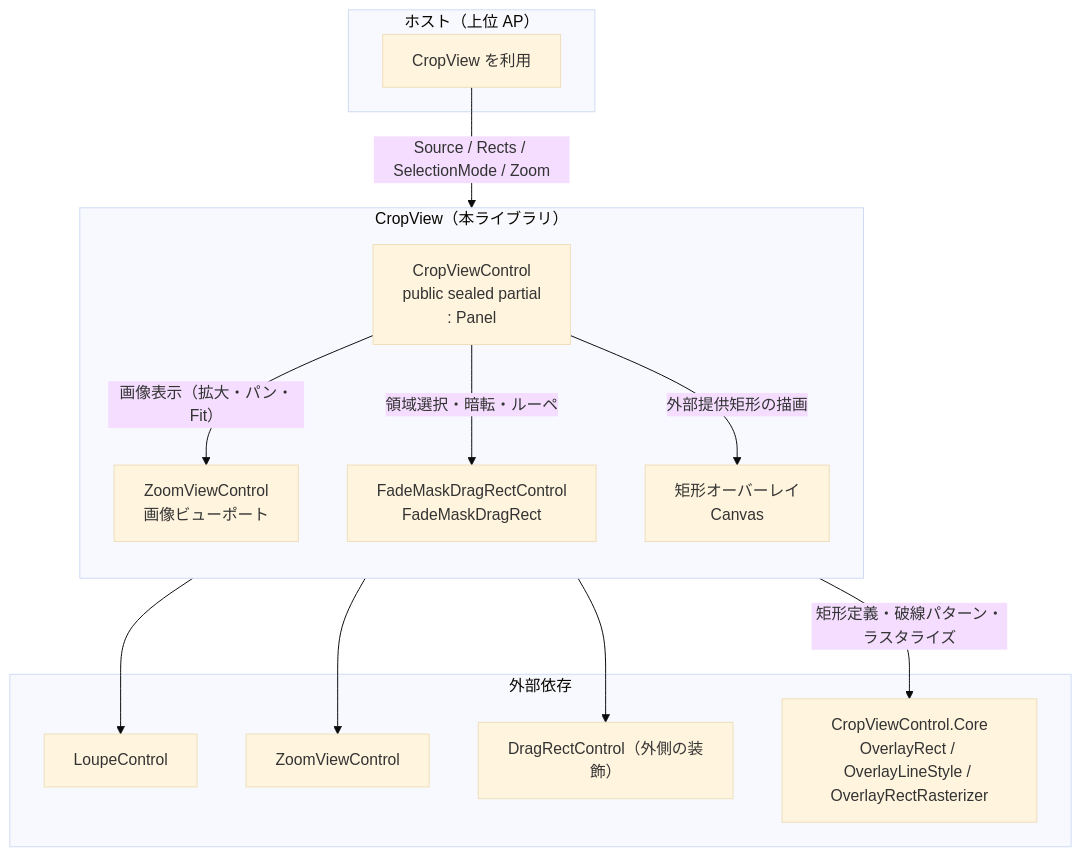
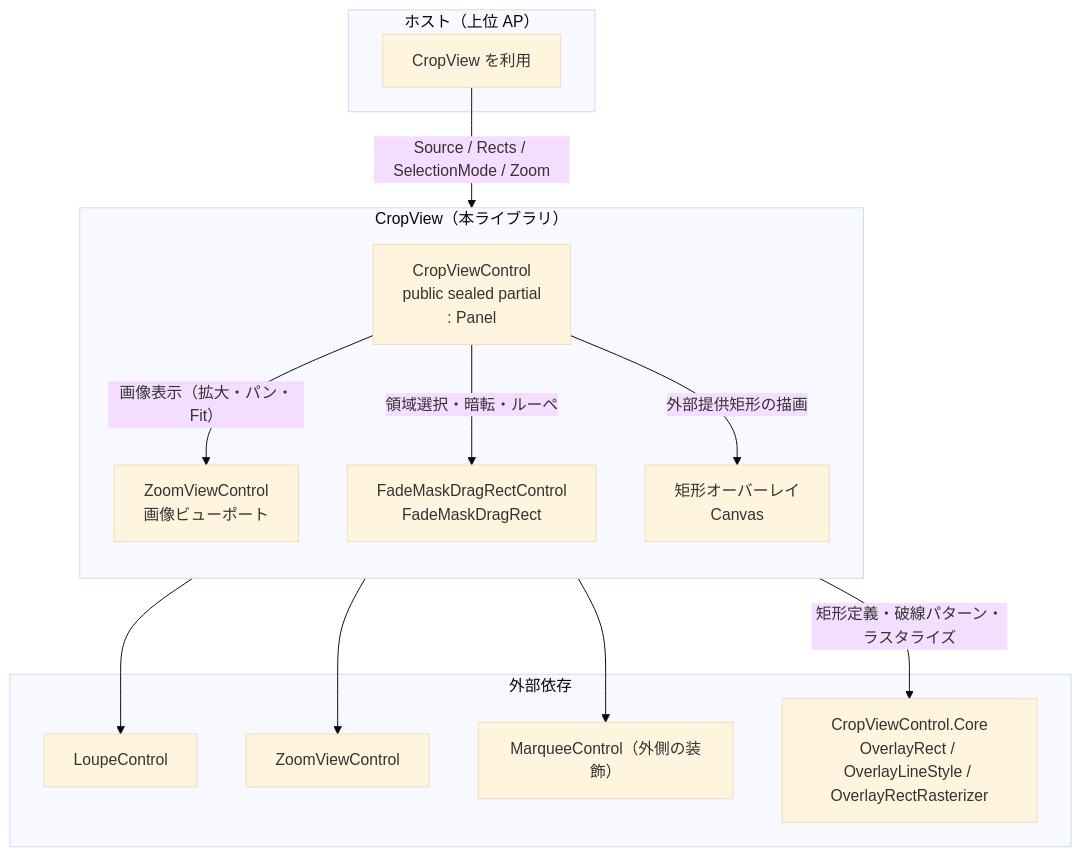
Before and after one commit to tomokuni/SaveEvidence: the diagram in src/CropViewControl.AvaloniaUI/SPEC_System.md, drawn with Mermaid (base theme). The commit also changed 263 other files, not shown here.

````diff
--- a/src/CropViewControl.AvaloniaUI/SPEC_System.md
+++ b/src/CropViewControl.AvaloniaUI/SPEC_System.md
@@ -36,30 +36,30 @@
 ```mermaid
 flowchart TB
     subgraph Host["ホスト（上位 AP）"]
         H["CropView を利用"]
     end
 
     subgraph CV["CropView（本ライブラリ）"]
         direction TB
         Ctl["CropViewControl<br/>public sealed partial<br/>: Panel"]
         ZV["ZoomViewControl<br/>画像ビューポート"]
         FM["FadeMaskDragRectControl<br/>FadeMaskDragRect"]
         RO["矩形オーバーレイ<br/>Canvas"]
     end
 
     subgraph Dep["外部依存"]
         Loupe["LoupeControl"]
         Zoom["ZoomViewControl"]
-        DR["DragRectControl（外側の装飾）"]
+        DR["MarqueeControl（外側の装飾）"]
         Core["CropViewControl.Core<br/>OverlayRect / OverlayLineStyle / OverlayRectRasterizer"]
     end
 
     H -->|"Source / Rects / SelectionMode / Zoom"| Ctl
     Ctl -->|"画像表示（拡大・パン・Fit）"| ZV
     Ctl -->|"領域選択・暗転・ルーペ"| FM
     Ctl -->|"外部提供矩形の描画"| RO
     Ctl -->|"矩形定義・破線パターン・ラスタライズ"| Core
     FM --> Loupe
     ZV --> Zoom
     FM --> DR
 ```
````
